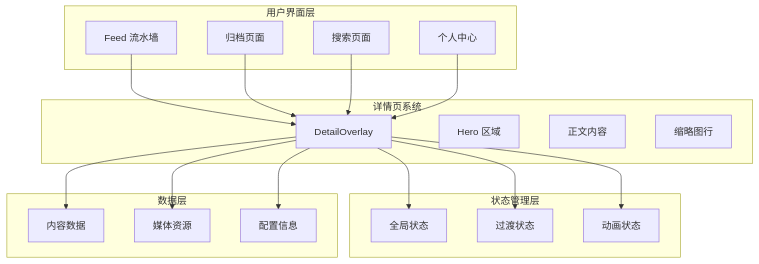
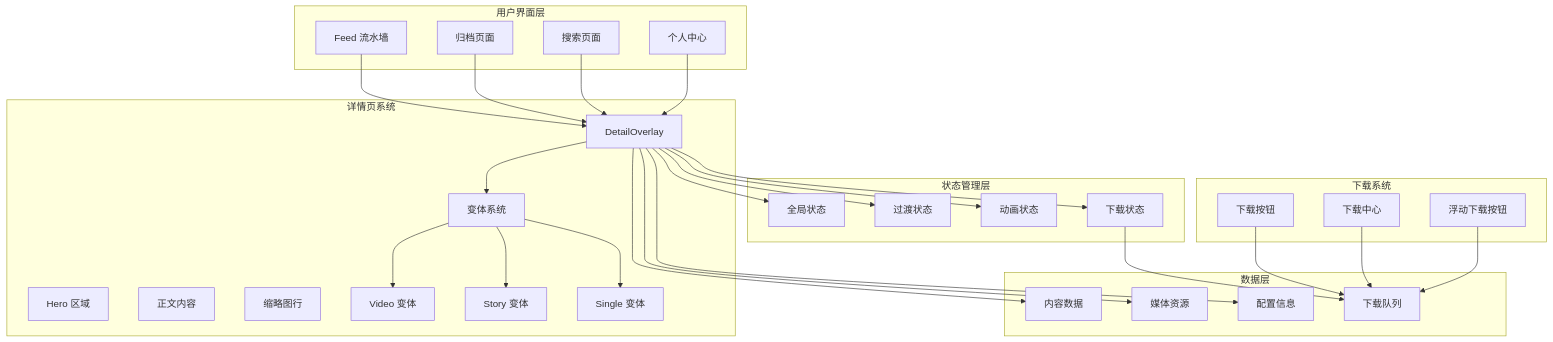
The third of 22 diagrams in .qoder/repowiki/zh/content/详情页系统.md (billye220670/newSquare), drawn with Mermaid before and after one commit. The commit also changed other lines of this file and 14 other files, not shown here.

````diff
--- a/.qoder/repowiki/zh/content/详情页系统.md
+++ b/.qoder/repowiki/zh/content/详情页系统.md
@@ -141,35 +166,55 @@
 ```mermaid
 graph TD
 subgraph "用户界面层"
 FEED[Feed 流水墙]
 ARCHIVE[归档页面]
 SEARCH[搜索页面]
 ME[个人中心]
 end
 subgraph "详情页系统"
 DETAIL[DetailOverlay]
 HERO[Hero 区域]
 BODY[正文内容]
 THUMBS[缩略图行]
+VARIANT[变体系统]
+VIDEO[Video 变体]
+STORY[Story 变体]
+SINGLE[Single 变体]
 end
 subgraph "状态管理层"
 STATE[全局状态]
 TRANSITION[过渡状态]
 ANIMATION[动画状态]
+DOWNLOAD[下载状态]
 end
 subgraph "数据层"
 CONTENT[内容数据]
 MEDIA[媒体资源]
 CONFIG[配置信息]
+QUEUE[下载队列]
+end
+subgraph "下载系统"
+BUTTONS[下载按钮]
+CENTER[下载中心]
+FAB[浮动下载按钮]
 end
 FEED --> DETAIL
 ARCHIVE --> DETAIL
 SEARCH --> DETAIL
 ME --> DETAIL
 DETAIL --> STATE
 DETAIL --> TRANSITION
 DETAIL --> ANIMATION
+DETAIL --> DOWNLOAD
+DETAIL --> VARIANT
+VARIANT --> VIDEO
+VARIANT --> STORY
+VARIANT --> SINGLE
+DOWNLOAD --> QUEUE
+BUTTONS --> QUEUE
+CENTER --> QUEUE
+FAB --> QUEUE
 DETAIL --> CONTENT
 DETAIL --> MEDIA
 DETAIL --> CONFIG
 ```
````
